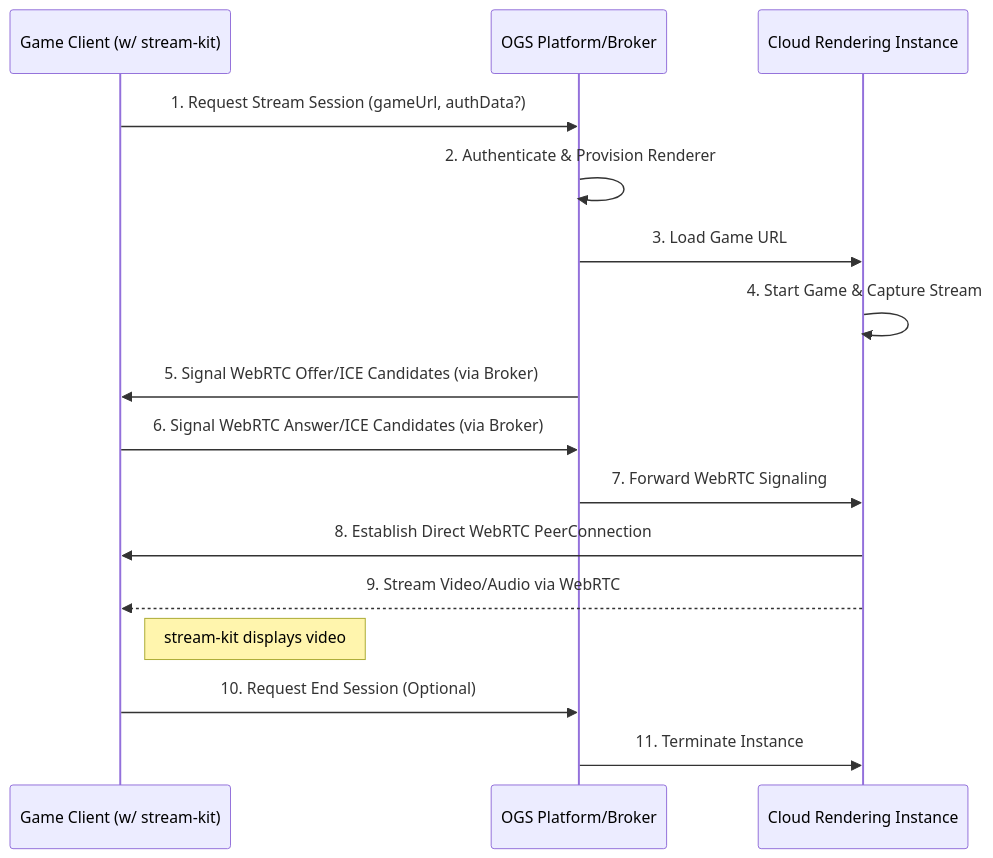
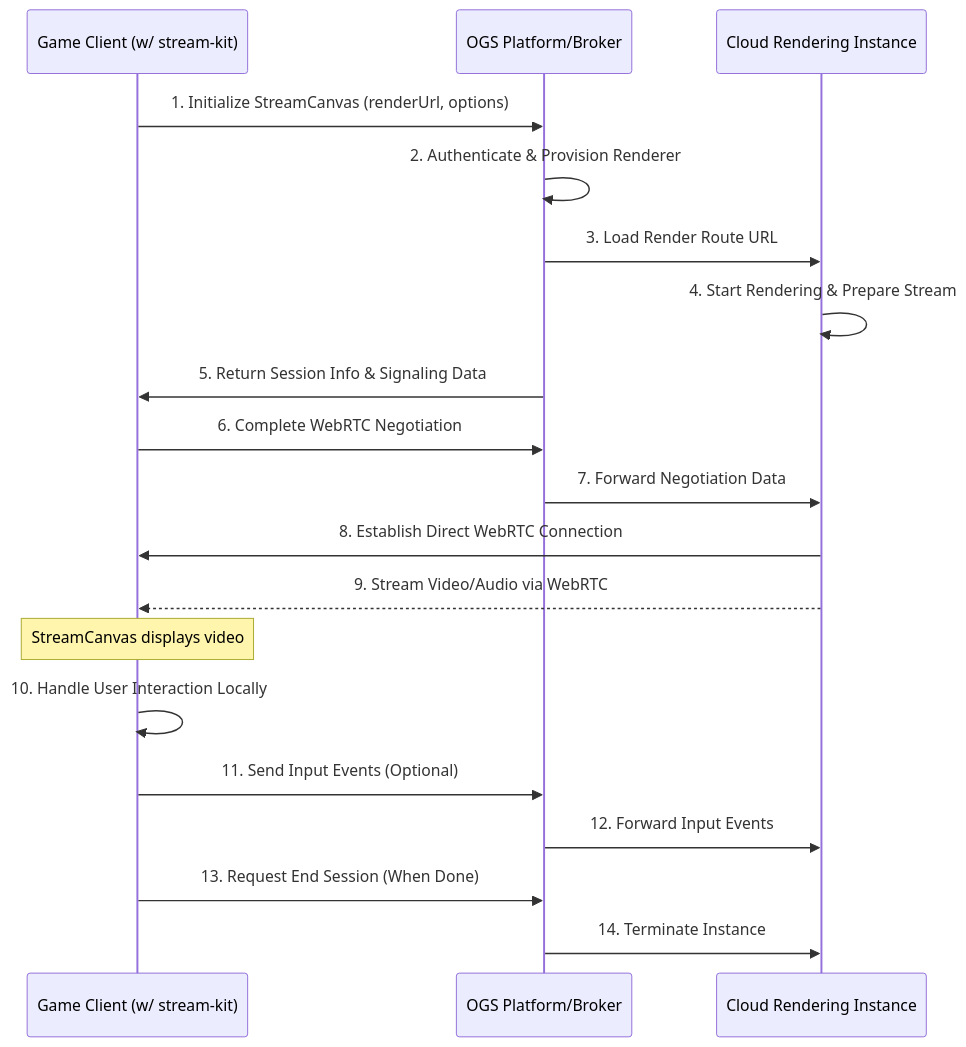
One commit to open-game-system/specification changed the seventh of 9 diagrams in README.md. Above: the diagram before and after it, drawn with Mermaid. The commit also changed other lines of this file, not shown here.

````diff
--- a/README.md
+++ b/README.md
@@ -553,19 +586,22 @@
 ```mermaid
 sequenceDiagram
     participant Client as Game Client (w/ stream-kit)
     participant OGSPlatform as OGS Platform/Broker
     participant Renderer as Cloud Rendering Instance
     
-    Client->>OGSPlatform: 1. Request Stream Session (gameUrl, authData?)
+    Client->>OGSPlatform: 1. Initialize StreamCanvas (renderUrl, options)
     OGSPlatform->>OGSPlatform: 2. Authenticate & Provision Renderer
-    OGSPlatform->>Renderer: 3. Load Game URL
-    Renderer->>Renderer: 4. Start Game & Capture Stream
-    OGSPlatform->>Client: 5. Signal WebRTC Offer/ICE Candidates (via Broker)
-    Client->>OGSPlatform: 6. Signal WebRTC Answer/ICE Candidates (via Broker)
-    OGSPlatform->>Renderer: 7. Forward WebRTC Signaling
-    Renderer->>Client: 8. Establish Direct WebRTC PeerConnection
+    OGSPlatform->>Renderer: 3. Load Render Route URL
+    Renderer->>Renderer: 4. Start Rendering & Prepare Stream
+    OGSPlatform->>Client: 5. Return Session Info & Signaling Data
+    Client->>OGSPlatform: 6. Complete WebRTC Negotiation
+    OGSPlatform->>Renderer: 7. Forward Negotiation Data
+    Renderer->>Client: 8. Establish Direct WebRTC Connection
     Renderer-->>Client: 9. Stream Video/Audio via WebRTC
-    Note right of Client: stream-kit displays video
-    Client->>OGSPlatform: 10. Request End Session (Optional)
-    OGSPlatform->>Renderer: 11. Terminate Instance
+    Note over Client: StreamCanvas displays video
+    Client->>Client: 10. Handle User Interaction Locally
+    Client->>OGSPlatform: 11. Send Input Events (Optional)
+    OGSPlatform->>Renderer: 12. Forward Input Events
+    Client->>OGSPlatform: 13. Request End Session (When Done)
+    OGSPlatform->>Renderer: 14. Terminate Instance
 ```
````
